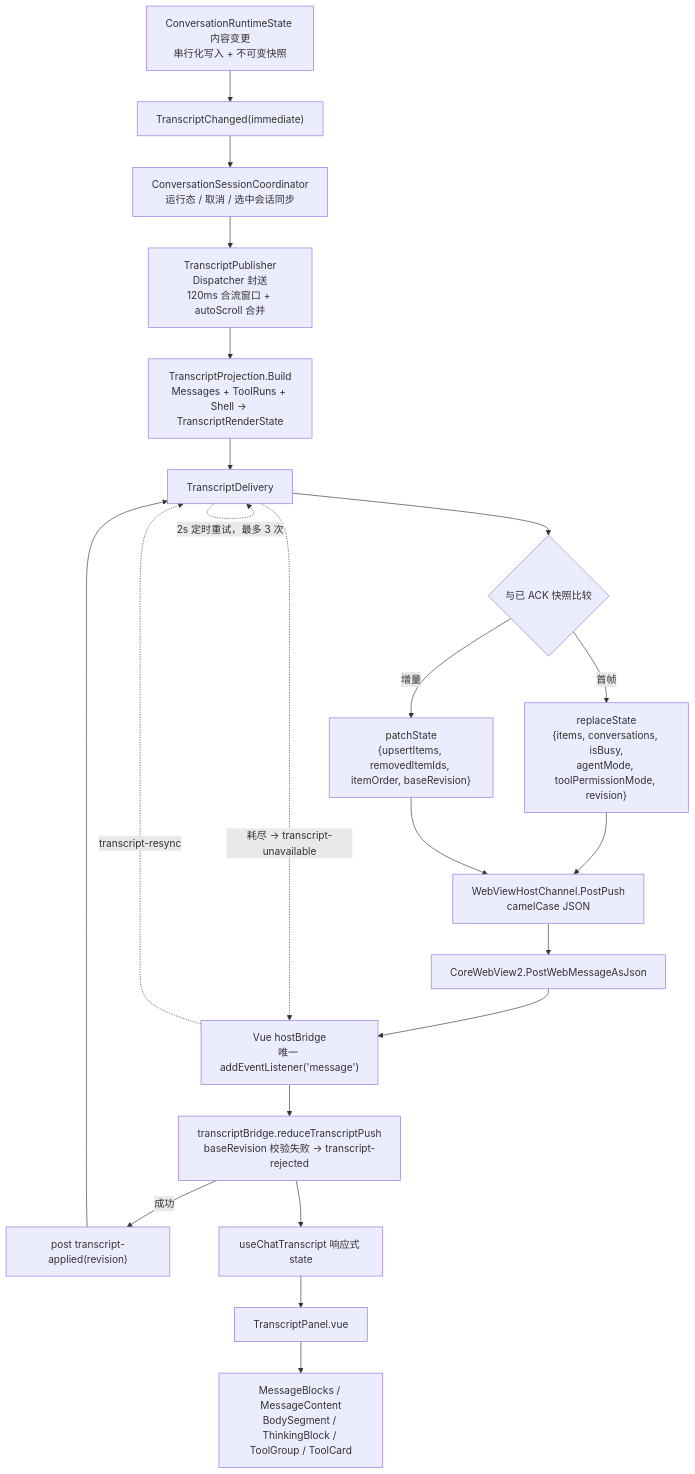
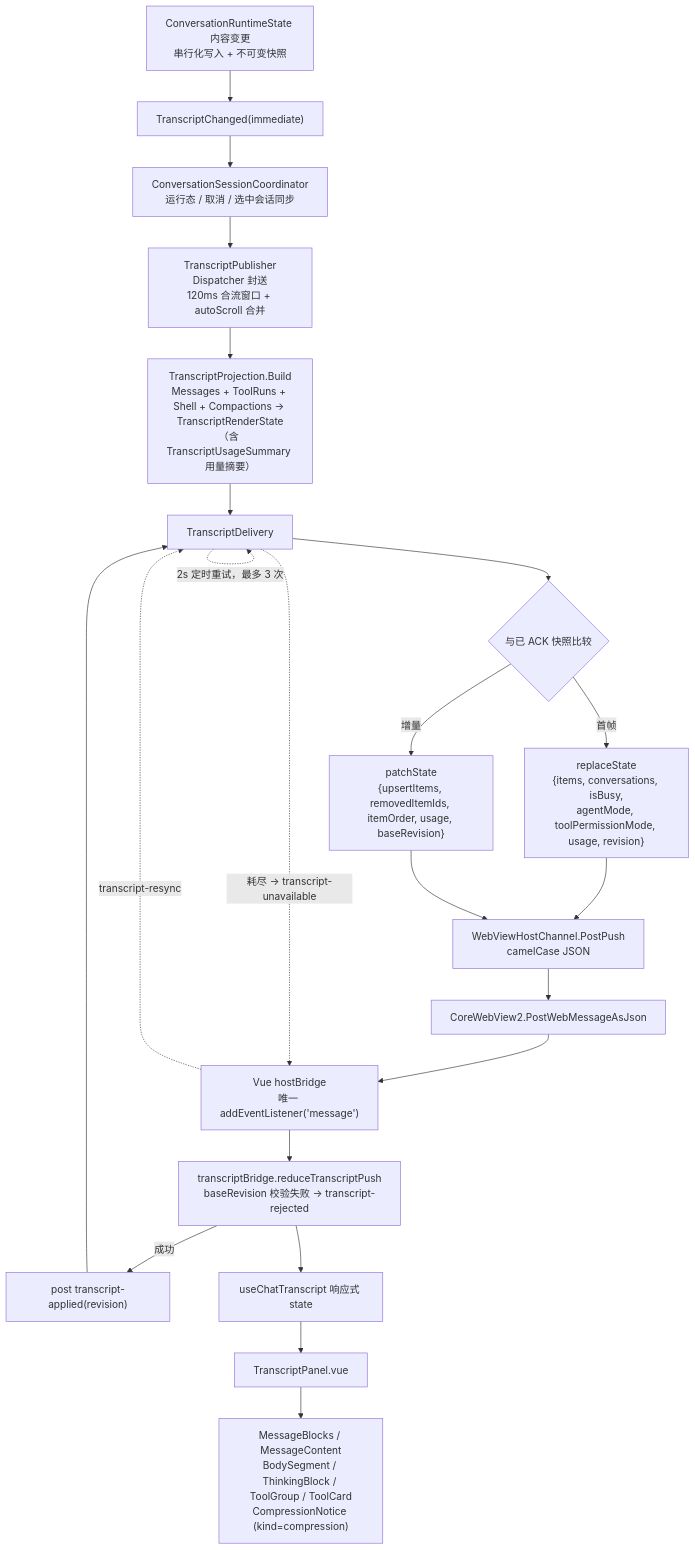
Before and after one commit to zj0135/SelfClaw: the sixth of 8 diagrams in docs/pipeline-architecture.md, drawn with Mermaid. The commit also changed other lines of this file and 128 other files, not shown here.

````diff
--- a/docs/pipeline-architecture.md
+++ b/docs/pipeline-architecture.md
@@ -205,27 +207,27 @@
 ```mermaid
 flowchart TB
     MUT["ConversationRuntimeState 内容变更<br/>串行化写入 + 不可变快照"]
     MUT --> SIG["TranscriptChanged(immediate)"]
     SIG --> COORD["ConversationSessionCoordinator<br/>运行态 / 取消 / 选中会话同步"]
     COORD --> PUB["TranscriptPublisher<br/>Dispatcher 封送<br/>120ms 合流窗口 + autoScroll 合并"]
-    PUB --> PROJ["TranscriptProjection.Build<br/>Messages + ToolRuns + Shell → TranscriptRenderState"]
+    PUB --> PROJ["TranscriptProjection.Build<br/>Messages + ToolRuns + Shell + Compactions → TranscriptRenderState<br/>（含 TranscriptUsageSummary 用量摘要）"]
     PROJ --> DEL["TranscriptDelivery"]
     DEL --> D1{"与已 ACK 快照比较"}
-    D1 -->|首帧| D2["replaceState<br/>{items, conversations, isBusy,<br/>agentMode, toolPermissionMode, revision}"]
-    D1 -->|增量| D3["patchState<br/>{upsertItems, removedItemIds, itemOrder, baseRevision}"]
+    D1 -->|首帧| D2["replaceState<br/>{items, conversations, isBusy,<br/>agentMode, toolPermissionMode, usage, revision}"]
+    D1 -->|增量| D3["patchState<br/>{upsertItems, removedItemIds, itemOrder, usage, baseRevision}"]
     D2 --> CH["WebViewHostChannel.PostPush<br/>camelCase JSON"]
     D3 --> CH
     CH --> WV["CoreWebView2.PostWebMessageAsJson"]
 
     WV --> HB["Vue hostBridge<br/>唯一 addEventListener('message')"]
     HB --> TB["transcriptBridge.reduceTranscriptPush<br/>baseRevision 校验失败 → transcript-rejected"]
     TB -->|成功| ACK["post transcript-applied(revision)"]
     ACK --> DEL
     TB --> UCT["useChatTranscript 响应式 state"]
     UCT --> TP["TranscriptPanel.vue"]
-    TP --> MB["MessageBlocks / MessageContent<br/>BodySegment / ThinkingBlock / ToolGroup / ToolCard"]
+    TP --> MB["MessageBlocks / MessageContent<br/>BodySegment / ThinkingBlock / ToolGroup / ToolCard<br/>CompressionNotice (kind=compression)"]
 
     DEL -.->|"2s 定时重试，最多 3 次"| DEL
     DEL -.->|"耗尽 → transcript-unavailable"| HB
     HB -.->|"transcript-resync"| DEL
 ```
````
